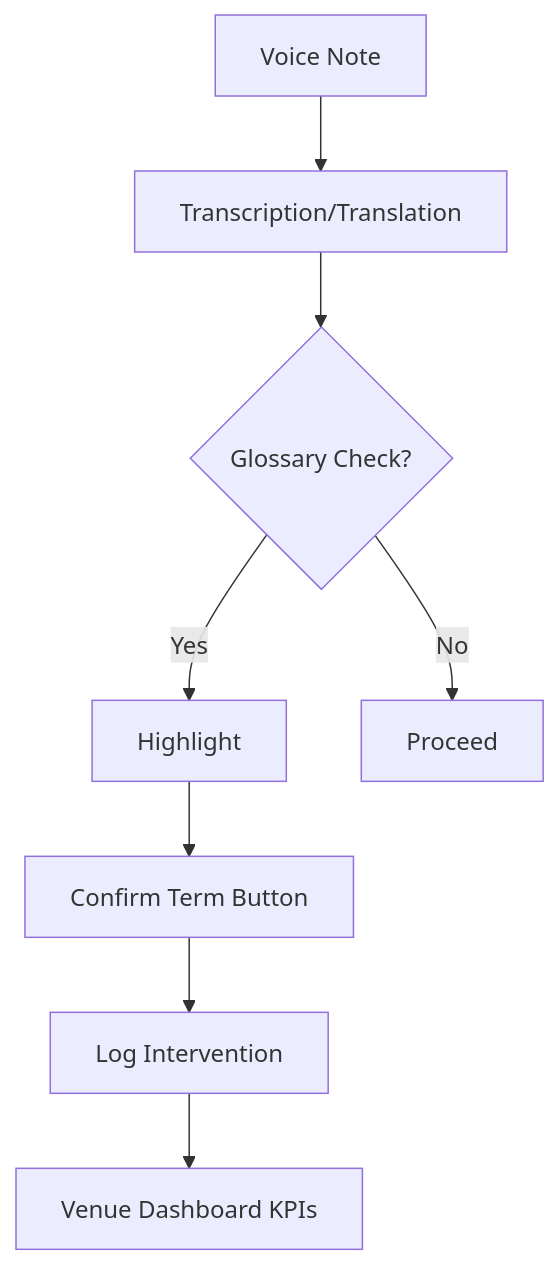
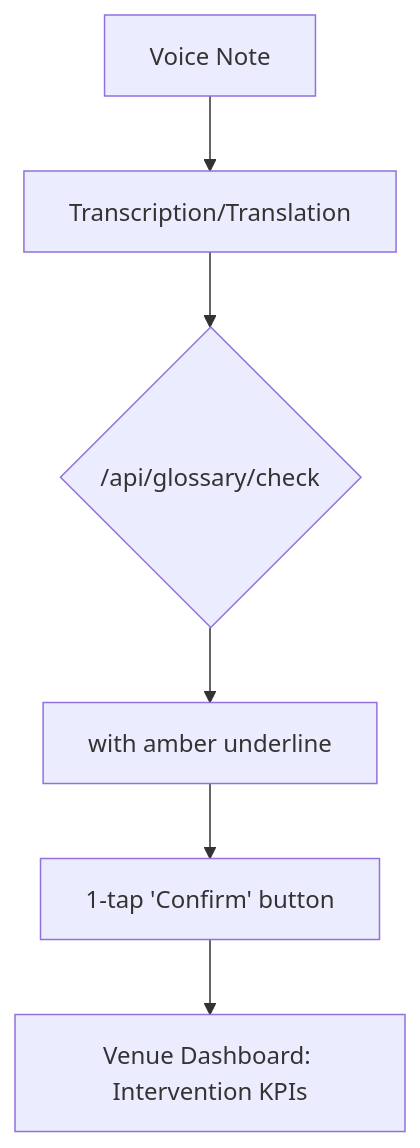
Before and after one commit to shawnhvac/agentworld-prior-art: the diagram in inventions/inv_gibbr_glossary_guided_translation_confirmation_l_2618f.md, drawn with Mermaid. The commit also changed other lines of this file and 31 other files, not shown here.

````diff
--- a/inventions/inv_gibbr_glossary_guided_translation_confirmation_l_2618f.md
+++ b/inventions/inv_gibbr_glossary_guided_translation_confirmation_l_2618f.md
@@ -47,10 +47,8 @@
 ```mermaid
 graph TD
 A[Voice Note] --> B[Transcription/Translation]
-B --> C{Glossary Check?}
-C -->|Yes| D[Highlight <div class='glossary-highlight'>]
-C -->|No| E[Proceed]
-D --> F[Confirm Term Button]
-F --> G[Log Intervention]
-G --> H[Venue Dashboard KPIs]
+B --> C{/api/glossary/check}
+C --> D[<div class='glossary-highlight'> with amber underline]
+D --> E[1-tap 'Confirm' button]
+E --> F[Venue Dashboard: Intervention KPIs]
 ```
````
